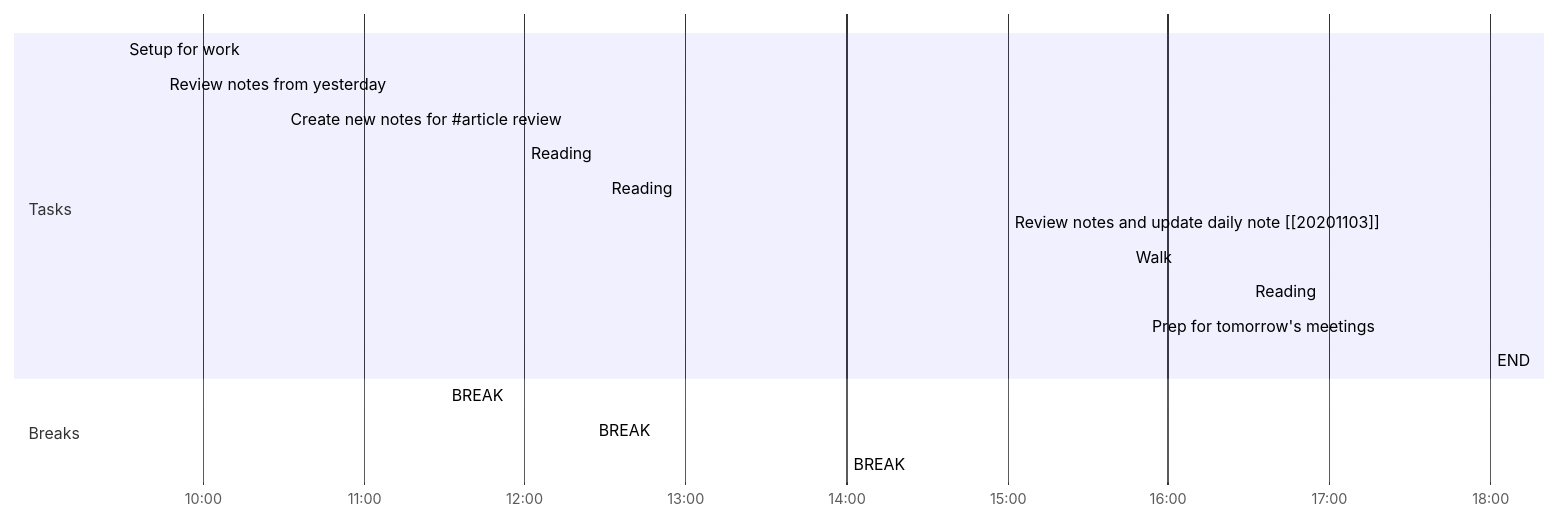
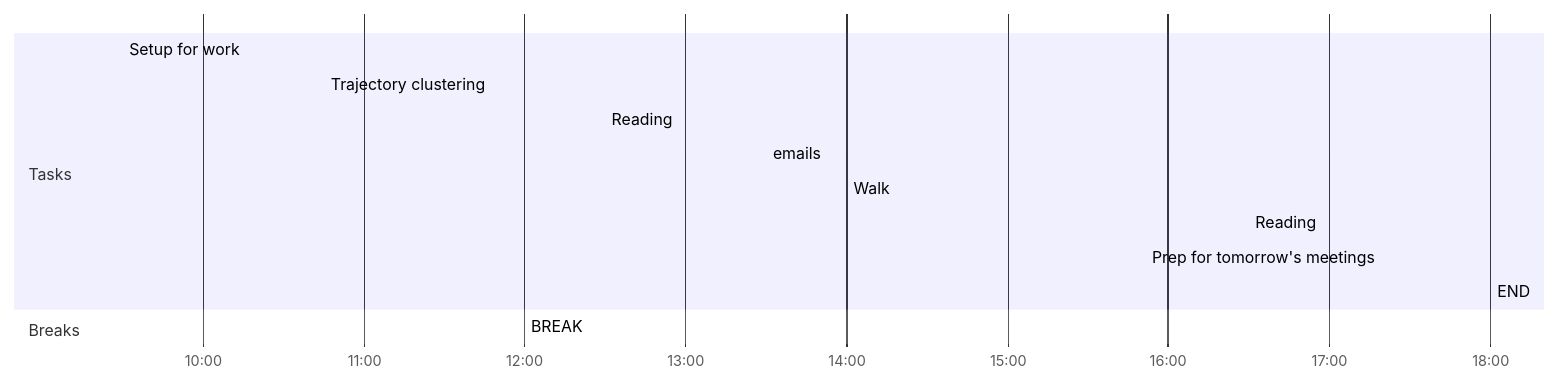
The diagram in Day Planners/Day Planner-20230801.md (tanoManzo/notes), drawn with Mermaid before and after one commit. The commit also changed other lines of this file and 1 other file, not shown here.

````diff
--- a/Day Planners/Day Planner-20230801.md
+++ b/Day Planners/Day Planner-20230801.md
@@ -2,21 +2,17 @@
 ```mermaid
 gantt
     dateFormat  HH-mm
     axisFormat %H:%M
-    %% Current Time: 10:26:24 AM
+    %% Current Time: 10:31:24 AM
     section Tasks
-    Setup for work     :09-30, 15mm
-    Review notes from yesterday     :09-45, 45mm
-    Create new notes for #35;article review     :10-30, 60mm
-    Reading     :12-00, 25mm
-    Reading     :12-30, 90mm
-    Review notes and update daily note [[20201103]]     :15-00, 45mm
-    Walk     :15-45, 45mm
+    Setup for work     :09-30, 75mm
+    Trajectory clustering     :10-45, 75mm
+    Reading     :12-30, 60mm
+    emails     :13-30, 30mm
+    Walk     :14-00, 150mm
     Reading     :16-30, 50mm
     Prep for tomorrow's meetings     :17-20, 40mm
     END     :18-00, 0mm
     section Breaks
-    BREAK     :11-30, 30mm
-    BREAK     :12-25, 5mm
-    BREAK     :14-00, 60mm
+    BREAK     :12-00, 30mm
 ```
````
